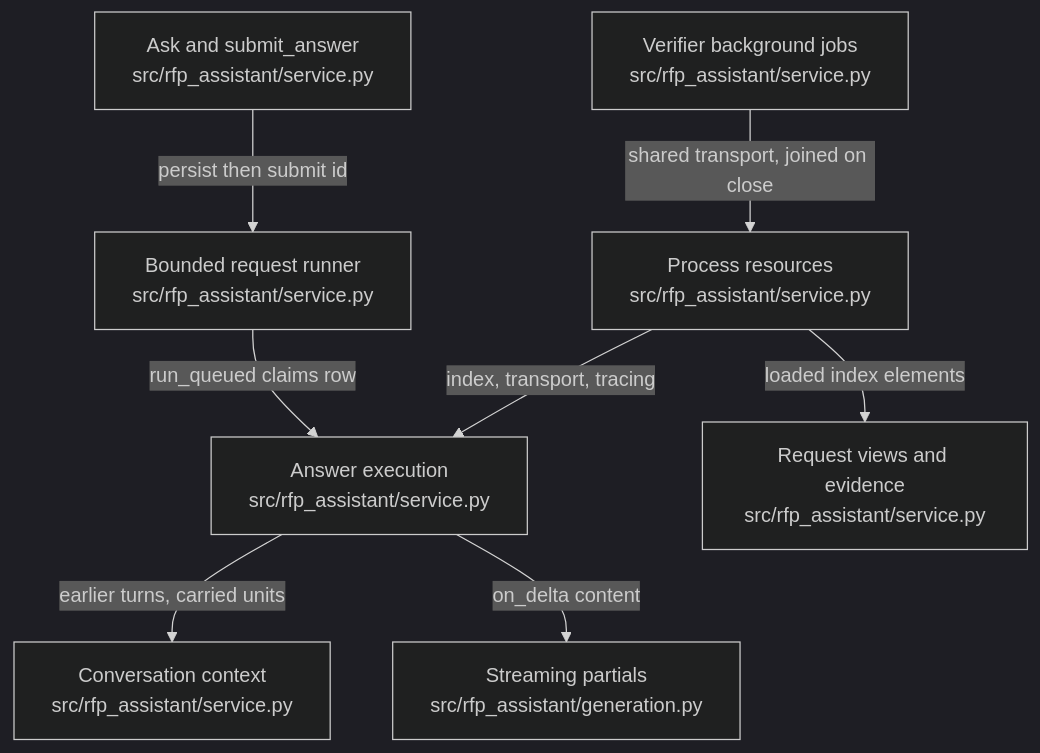
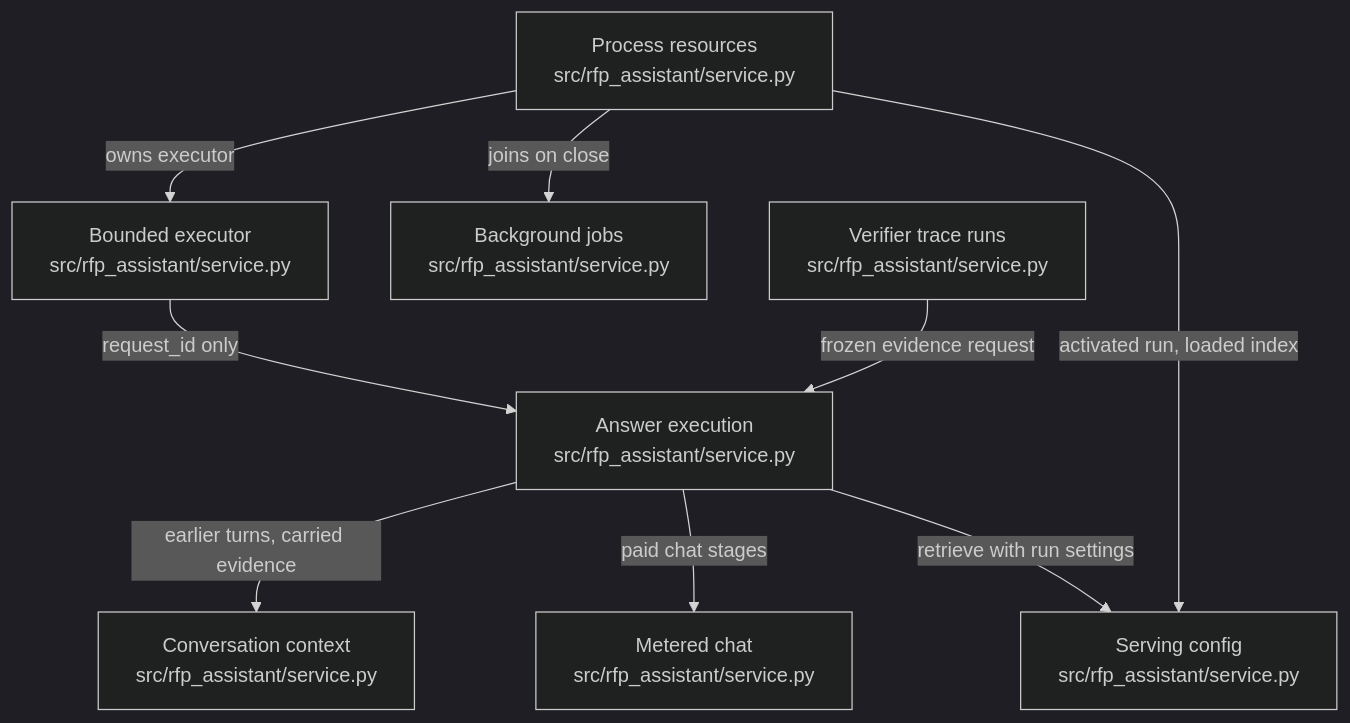
Before and after one commit to littleeeeebit/project-codeit-mid: the diagram in .omm/overall-architecture/service-core/diagram.mmd, drawn with Mermaid (dark theme). The commit also changed 538 other files, not shown here.

```diff
--- a/.omm/overall-architecture/service-core/diagram.mmd
+++ b/.omm/overall-architecture/service-core/diagram.mmd
@@ -1,16 +1,9 @@
 graph TD
-  resources-owner["Process resources\nsrc/rfp_assistant/service.py"]
-  ask-submission["Ask and submit_answer\nsrc/rfp_assistant/service.py"]
-  request-runner["Bounded request runner\nsrc/rfp_assistant/service.py"]
-  answer-execution["Answer execution\nsrc/rfp_assistant/service.py"]
-  conversation-context["Conversation context\nsrc/rfp_assistant/service.py"]
-  progress-partials["Streaming partials\nsrc/rfp_assistant/generation.py"]
-  evidence-views["Request views and evidence\nsrc/rfp_assistant/service.py"]
-  background-jobs["Verifier background jobs\nsrc/rfp_assistant/service.py"]
-  ask-submission -->|persist then submit id| request-runner
-  request-runner -->|run_queued claims row| answer-execution
-  answer-execution -->|earlier turns, carried units| conversation-context
-  answer-execution -->|on_delta content| progress-partials
-  resources-owner -->|index, transport, tracing| answer-execution
-  resources-owner -->|loaded index elements| evidence-views
-  background-jobs -->|shared transport, joined on close| resources-owner
+  app-resources["Process resources\nsrc/rfp_assistant/service.py"] -->|"owns executor"| request-runner["Bounded executor\nsrc/rfp_assistant/service.py"]
+  request-runner -->|"request_id only"| answer-pipeline["Answer execution\nsrc/rfp_assistant/service.py"]
+  answer-pipeline -->|"earlier turns, carried evidence"| conversation-context["Conversation context\nsrc/rfp_assistant/service.py"]
+  answer-pipeline -->|"paid chat stages"| metered-chat["Metered chat\nsrc/rfp_assistant/service.py"]
+  answer-pipeline -->|"retrieve with run settings"| serving-config["Serving config\nsrc/rfp_assistant/service.py"]
+  app-resources -->|"activated run, loaded index"| serving-config
+  app-resources -->|"joins on close"| background-jobs["Background jobs\nsrc/rfp_assistant/service.py"]
+  verifier-runs["Verifier trace runs\nsrc/rfp_assistant/service.py"] -->|"frozen evidence request"| answer-pipeline
```
